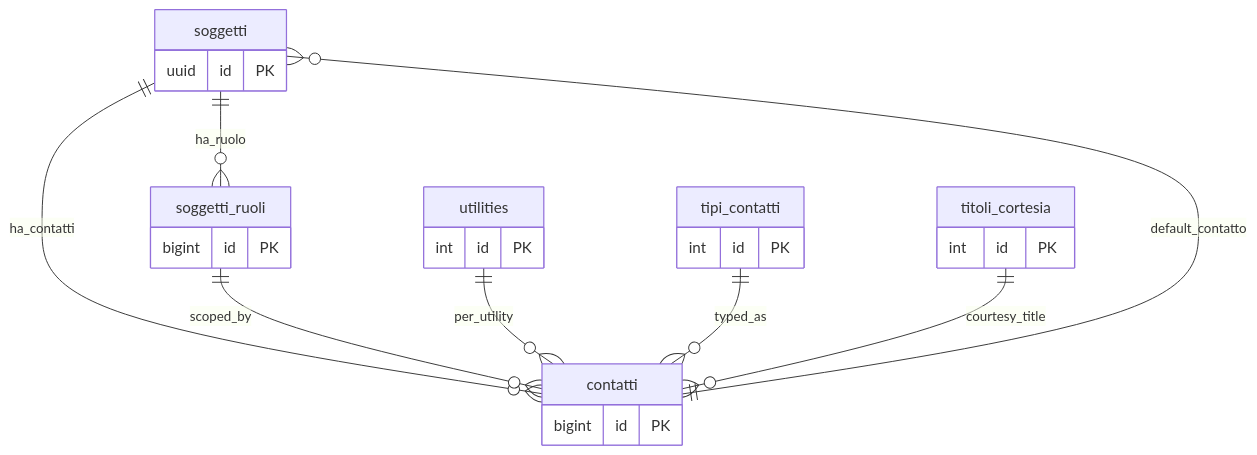
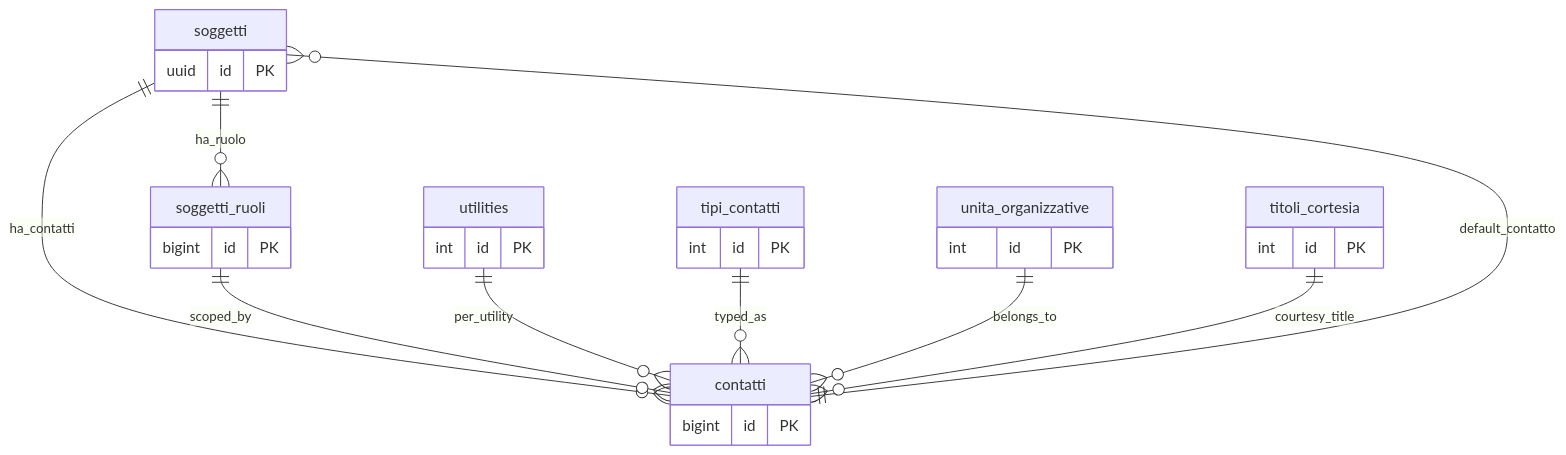
Before and after one commit to Tito-it/ZeroErp: the diagram in docs/it/guide/gestione-dei-contatti.md, drawn with Mermaid. The commit also changed other lines of this file and 45 other files, not shown here.

````diff
--- a/docs/it/guide/gestione-dei-contatti.md
+++ b/docs/it/guide/gestione-dei-contatti.md
@@ -242,41 +244,46 @@
 ```mermaid
 
 %%{init: {'er': {'layoutDirection': 'LR'}}}%%
 erDiagram
     soggetti {
         uuid   id PK
     }
 
     soggetti_ruoli {
         bigint id PK
     }
 
     contatti {
         bigint id PK
     }
 
     tipi_contatti {
         int id PK
     }
 
+    unita_organizzative {
+        int id PK
+    }
+
     utilities {
         int id PK
     }
 
     titoli_cortesia {
         int id PK
     }
 
     %% Default contatto soggetto
     contatti        ||--o{ soggetti        : default_contatto
 
     %% Relazioni principali
     soggetti        ||--o{ contatti        : ha_contatti
     soggetti_ruoli  ||--o{ contatti        : scoped_by
     utilities       ||--o{ contatti        : per_utility
     tipi_contatti   ||--o{ contatti        : typed_as
+    unita_organizzative ||--o{ contatti    : belongs_to
     titoli_cortesia ||--o{ contatti        : courtesy_title
     
     %% Relazione soggetti ruoli
     soggetti        ||--o{ soggetti_ruoli   : ha_ruolo
 ```
````
